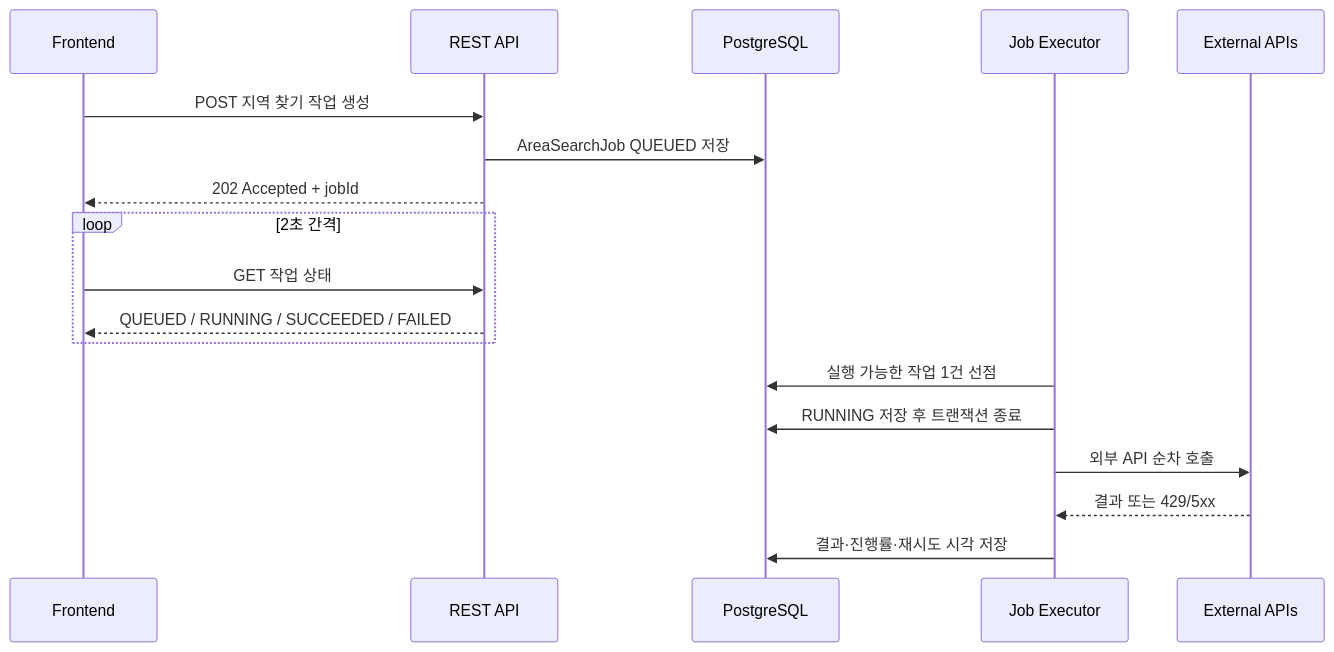
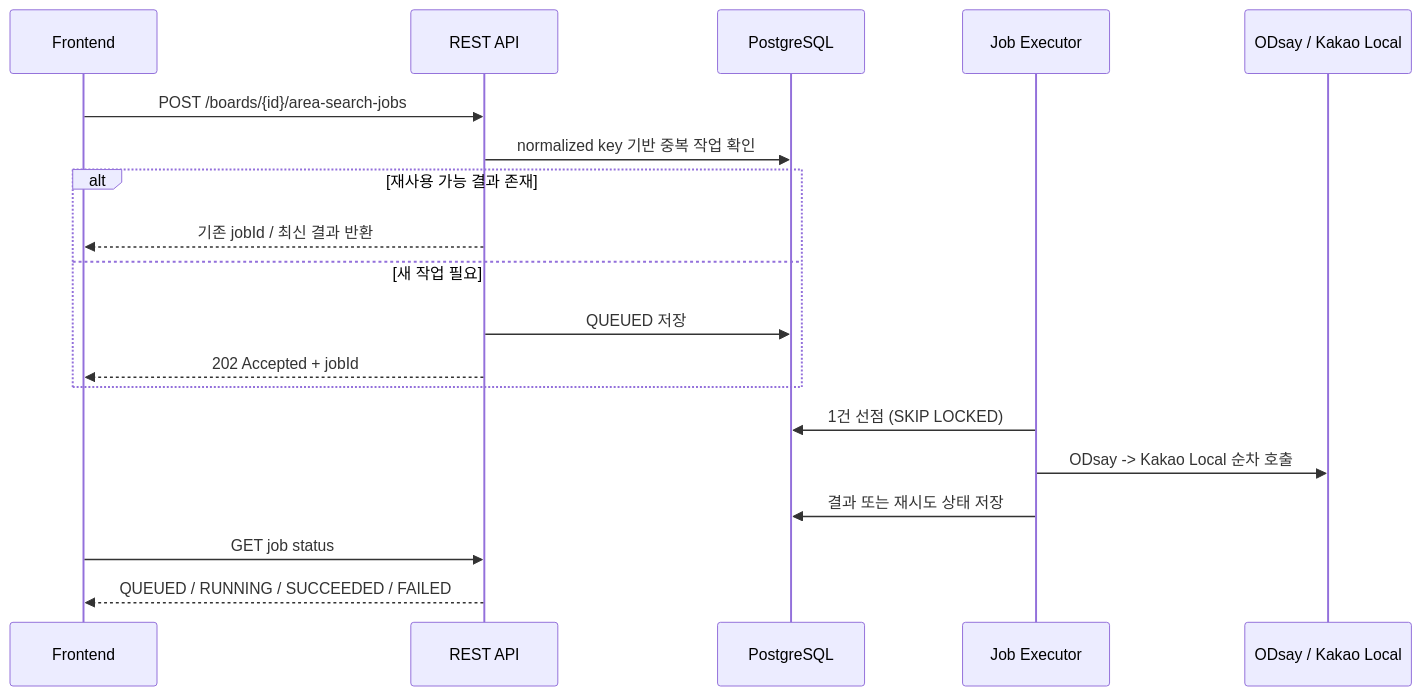
Before and after one commit to 2026-Siheung-SW-Bootcamp-Team-D/docs: the third of 4 diagrams in specs/시스템아키텍처_v1.0.md, drawn with Mermaid. The commit also changed other lines of this file and 6 other files, not shown here.

````diff
--- a/specs/시스템아키텍처_v1.0.md
+++ b/specs/시스템아키텍처_v1.0.md
@@ -232,21 +212,22 @@
 ```mermaid
 sequenceDiagram
     participant FE as Frontend
     participant API as REST API
     participant DB as PostgreSQL
     participant JOB as Job Executor
-    participant EXT as External APIs
+    participant EXT as ODsay / Kakao Local
 
-    FE->>API: POST 지역 찾기 작업 생성
-    API->>DB: AreaSearchJob QUEUED 저장
-    API-->>FE: 202 Accepted + jobId
-    loop 2초 간격
-        FE->>API: GET 작업 상태
-        API-->>FE: QUEUED / RUNNING / SUCCEEDED / FAILED
+    FE->>API: POST /boards/{id}/area-search-jobs
+    API->>DB: normalized key 기반 중복 작업 확인
+    alt 재사용 가능 결과 존재
+        API-->>FE: 기존 jobId / 최신 결과 반환
+    else 새 작업 필요
+        API->>DB: QUEUED 저장
+        API-->>FE: 202 Accepted + jobId
     end
-    JOB->>DB: 실행 가능한 작업 1건 선점
-    JOB->>DB: RUNNING 저장 후 트랜잭션 종료
-    JOB->>EXT: 외부 API 순차 호출
-    EXT-->>JOB: 결과 또는 429/5xx
-    JOB->>DB: 결과·진행률·재시도 시각 저장
+    JOB->>DB: 1건 선점 (SKIP LOCKED)
+    JOB->>EXT: ODsay -> Kakao Local 순차 호출
+    JOB->>DB: 결과 또는 재시도 상태 저장
+    FE->>API: GET job status
+    API-->>FE: QUEUED / RUNNING / SUCCEEDED / FAILED
 ```
````
